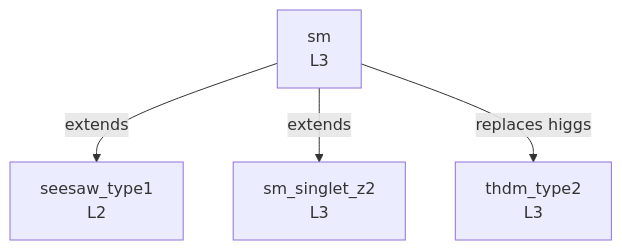
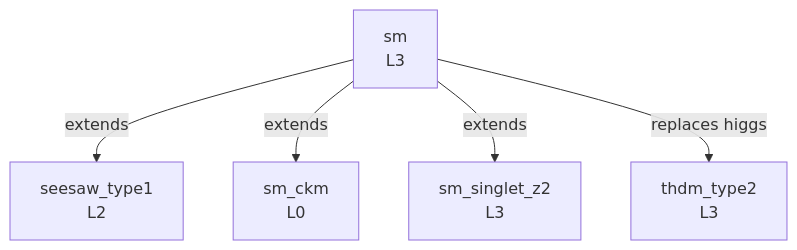
Before and after one commit to moiseszeleny/feynlag-models: the diagram in GENEALOGY.md, drawn with Mermaid. The commit also changed other lines of this file and 12 other files, not shown here.

````diff
--- a/GENEALOGY.md
+++ b/GENEALOGY.md
@@ -5,10 +5,12 @@
 ```mermaid
 graph TD
     seesaw_type1["seesaw_type1<br/>L2"]
     sm["sm<br/>L3"]
+    sm_ckm["sm_ckm<br/>L0"]
     sm_singlet_z2["sm_singlet_z2<br/>L3"]
     thdm_type2["thdm_type2<br/>L3"]
     sm -->|extends| seesaw_type1
+    sm -->|extends| sm_ckm
     sm -->|extends| sm_singlet_z2
     sm -->|replaces higgs| thdm_type2
 ```
````
